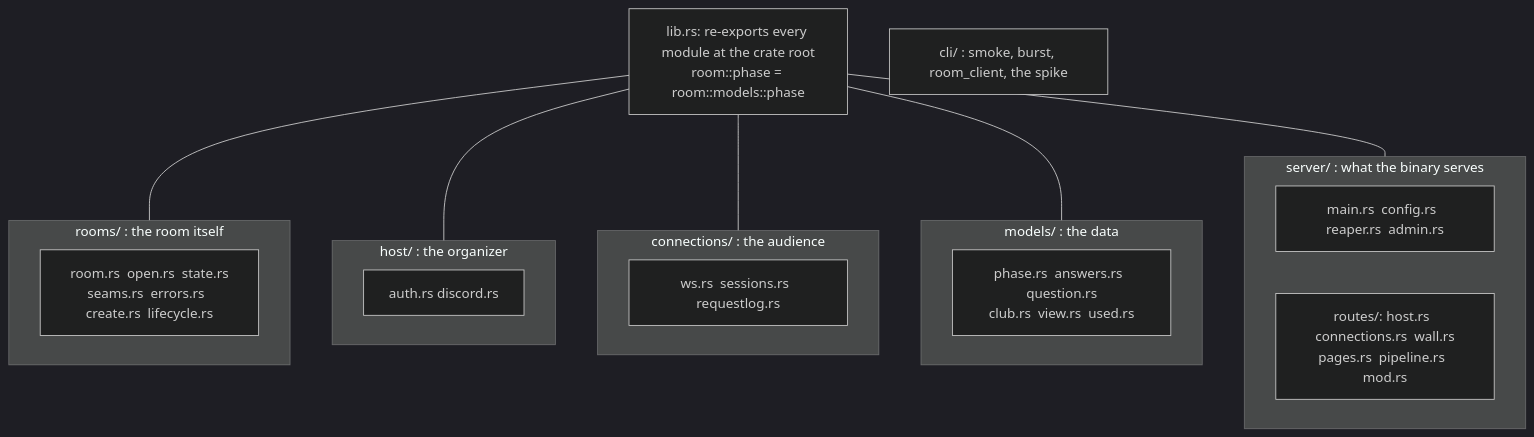
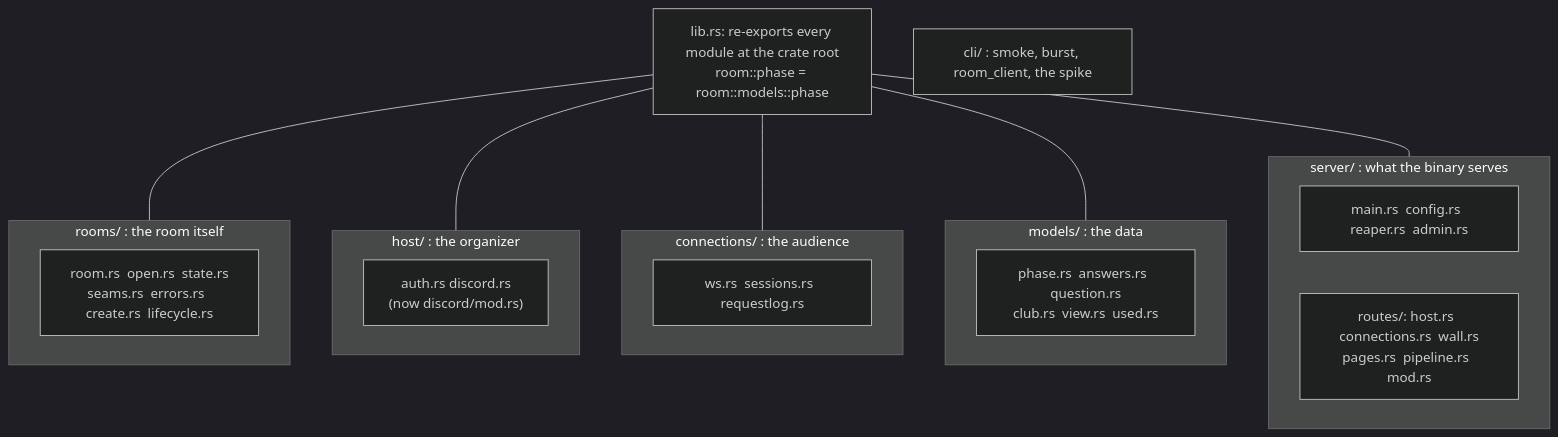
Before and after one commit to mrojas54/rust-nyc-pop-quiz: the diagram in docs/adr/0002-group-the-room-source-by-who-uses-it.md, drawn with Mermaid (dark theme). The commit also changed 1 other file, not shown here.

Commit message:
ADRs 0001 and 0002: give discord.rs its current path
The file is now room/src/host/discord/mod.rs. Where an ADR records what
it found or decided at the time, the old name stays and the current
path follows in parentheses; the "Where it lives" pointer in ADR-0001
names the current file. Status, date and meaning are unchanged.

Claude-Session: https://claude.ai/code/session_01FW16cE1TcxGVnd6Jni4sHT

````diff
--- a/docs/adr/0002-group-the-room-source-by-who-uses-it.md
+++ b/docs/adr/0002-group-the-room-source-by-who-uses-it.md
@@ -28,22 +28,22 @@
 ```mermaid
 flowchart TB
   lib["lib.rs: re-exports every module at the crate root<br/>room::phase = room::models::phase"]
   subgraph rooms["rooms/ : the room itself"]
     r1["room.rs  open.rs  state.rs<br/>seams.rs  errors.rs  create.rs  lifecycle.rs"]
   end
   subgraph host["host/ : the organizer"]
-    h1["auth.rs  discord.rs"]
+    h1["auth.rs  discord.rs<br/>(now discord/mod.rs)"]
   end
   subgraph conn["connections/ : the audience"]
     c1["ws.rs  sessions.rs  requestlog.rs"]
   end
   subgraph models["models/ : the data"]
     m1["phase.rs  answers.rs  question.rs<br/>club.rs  view.rs  used.rs"]
   end
   subgraph server["server/ : what the binary serves"]
     s1["main.rs  config.rs  reaper.rs  admin.rs"]
     s2["routes/: host.rs  connections.rs  wall.rs<br/>pages.rs  pipeline.rs  mod.rs"]
   end
   cli["cli/ : smoke, burst, room_client, the spike"]
   lib --- rooms & host & conn & models & server
 ```
````
